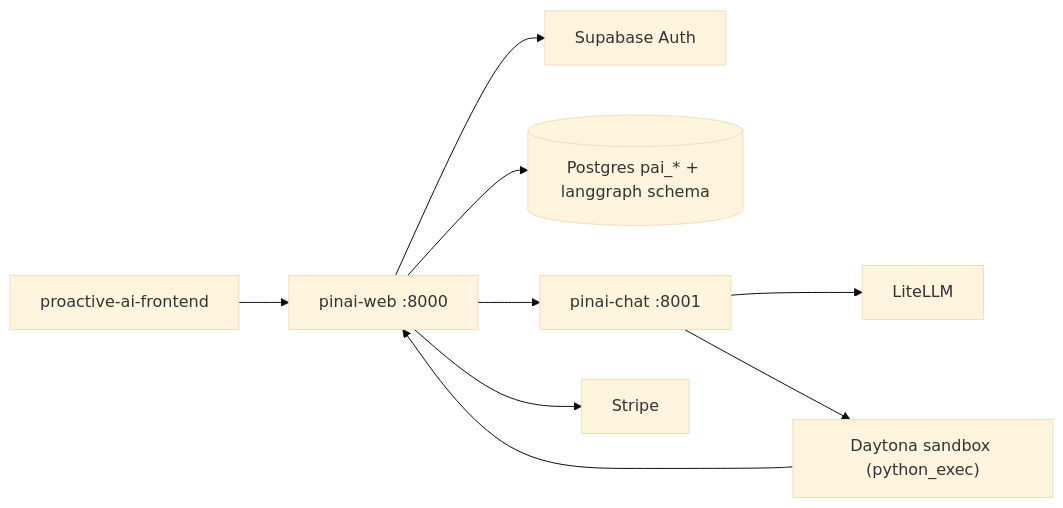
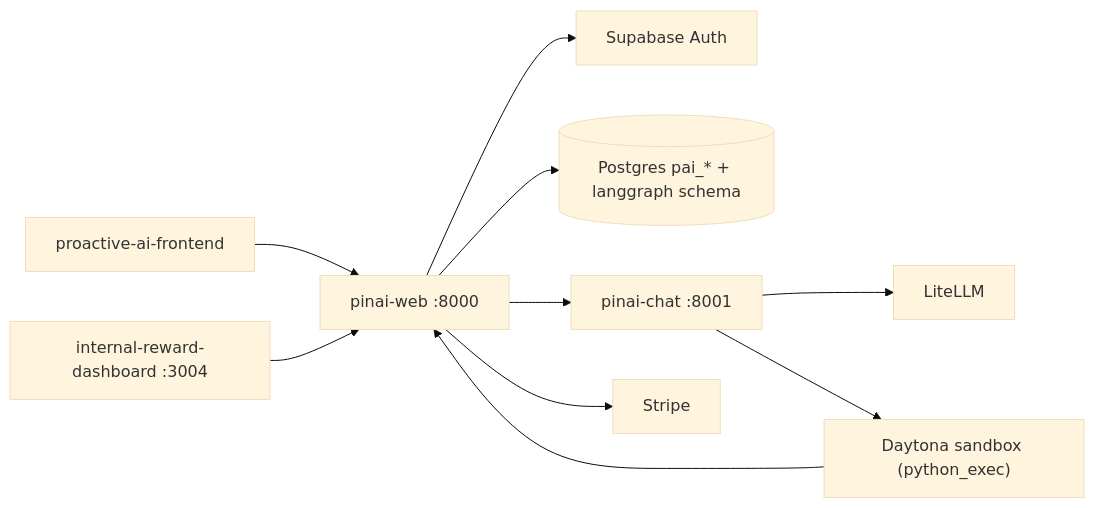
The diagram in docs/modules/runtime-deployment.mdx (Edge-AI-HQ/proactive-assistant), drawn with Mermaid (base theme) before and after one commit. The commit also changed other lines of this file and 53 other files, not shown here.

Commit message:
feat(reward-dashboard): add internal review dashboard

````diff
--- a/docs/modules/runtime-deployment.mdx
+++ b/docs/modules/runtime-deployment.mdx
@@ -12,11 +12,12 @@
 ```mermaid
 flowchart LR
   FE["proactive-ai-frontend"] --> Web["pinai-web :8000"]
+  RewardDash["internal-reward-dashboard :3004"] --> Web
   Web --> Auth["Supabase Auth"]
   Web --> PG[("Postgres pai_* + langgraph schema")]
   Web --> Chat["pinai-chat :8001"]
   Chat --> LiteLLM["LiteLLM"]
   Chat --> Sandbox["Daytona sandbox (python_exec)"]
   Sandbox --> Web
   Web --> Stripe["Stripe"]
 ```
````
